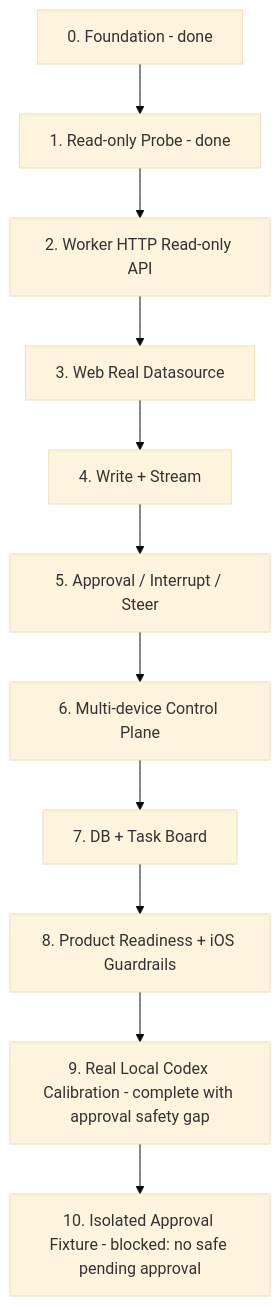
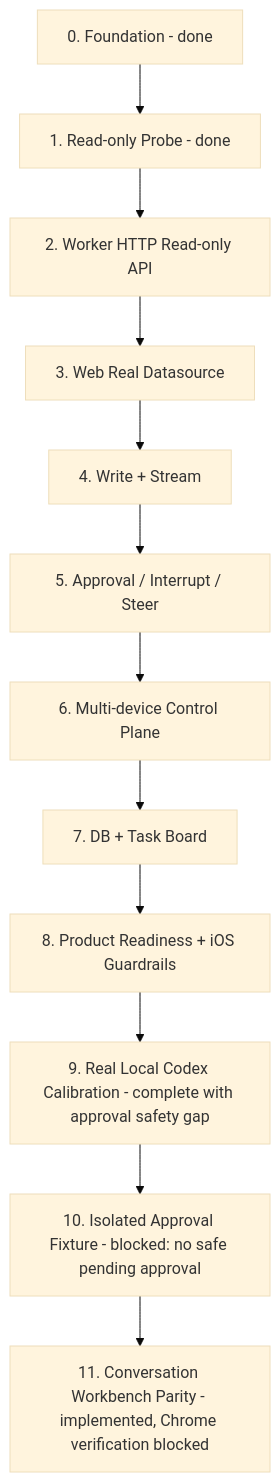
Before and after one commit to VintLin/codex-remote: the second of 3 diagrams in PLAN.md, drawn with Mermaid (base theme). The commit also changed other lines of this file and 40 other files, not shown here.

Commit message:
feat: add conversation workbench parity

````diff
--- a/PLAN.md
+++ b/PLAN.md
@@ -65,16 +66,17 @@
 ```mermaid
 flowchart TB
   P0["0. Foundation - done"]
   P1["1. Read-only Probe - done"]
   P2["2. Worker HTTP Read-only API"]
   P3["3. Web Real Datasource"]
   P4["4. Write + Stream"]
   P5["5. Approval / Interrupt / Steer"]
   P6["6. Multi-device Control Plane"]
   P7["7. DB + Task Board"]
   P8["8. Product Readiness + iOS Guardrails"]
   P9["9. Real Local Codex Calibration - complete with approval safety gap"]
   P10["10. Isolated Approval Fixture - blocked: no safe pending approval"]
+  P11["11. Conversation Workbench Parity - implemented, Chrome verification blocked"]
 
-  P0 --> P1 --> P2 --> P3 --> P4 --> P5 --> P6 --> P7 --> P8 --> P9 --> P10
+  P0 --> P1 --> P2 --> P3 --> P4 --> P5 --> P6 --> P7 --> P8 --> P9 --> P10 --> P11
 ```
````
